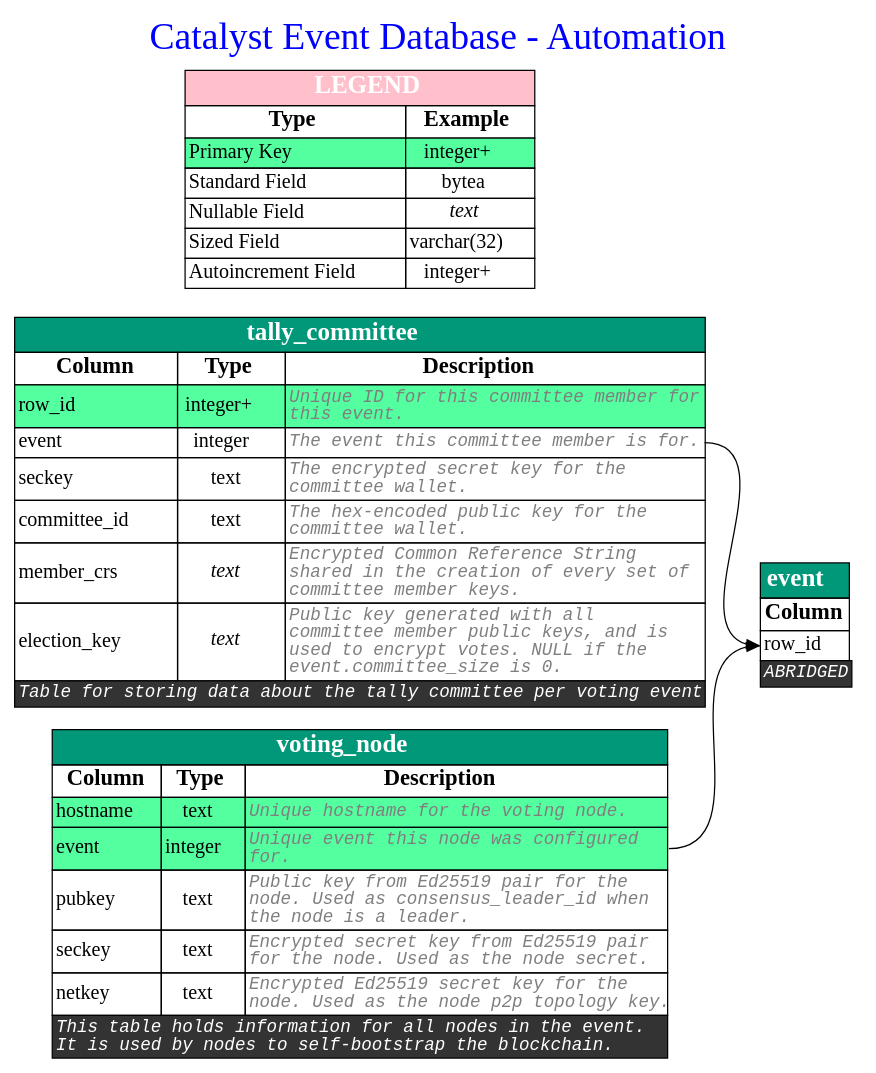
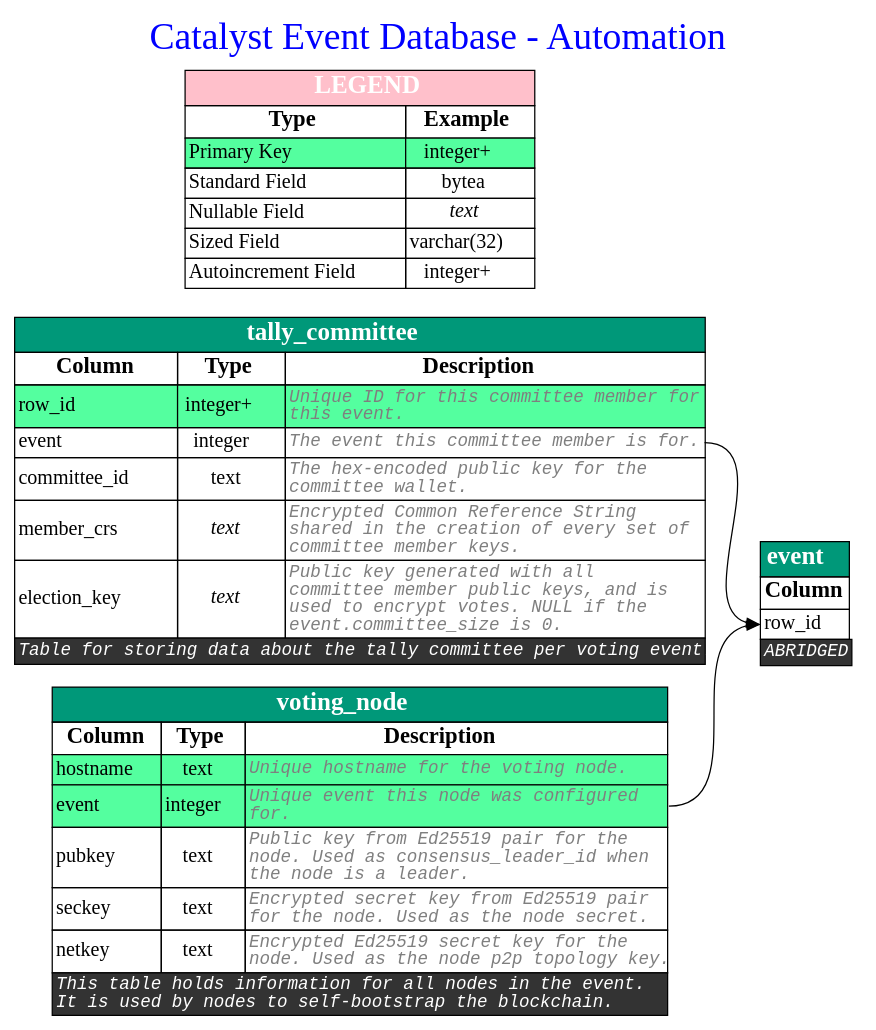
The diagram in feature/voting-node-wallets-registrations-n-power/08_event-db/db-diagrams/event-db-automation.dot (input-output-hk/catalyst-core), drawn with Graphviz before and after one commit. The commit also changed 286 other files, not shown here.

```diff
--- a/feature/voting-node-wallets-registrations-n-power/08_event-db/db-diagrams/event-db-automation.dot
+++ b/feature/voting-node-wallets-registrations-n-power/08_event-db/db-diagrams/event-db-automation.dot
@@ -44,12 +44,6 @@
                 <td port="event"  align='text'><font>event</font><br align='left'/></td>
                 <td   ><font>integer</font></td>
                 <td port="event_out"  align='text'><font color='grey50' face='Monospace' point-size='14' ><i>The event this committee member is for.</i><br align="left"/></font></td>
-            </tr>
-            
-            <tr>
-                <td port="seckey"  align='text'><font>seckey</font><br align='left'/></td>
-                <td   ><font>text</font></td>
-                <td port="seckey_out"  align='text'><font color='grey50' face='Monospace' point-size='14' ><i>The encrypted secret key for the<br align='left'/>committee wallet.</i><br align="left"/></font></td>
             </tr>
             
             <tr>
```
